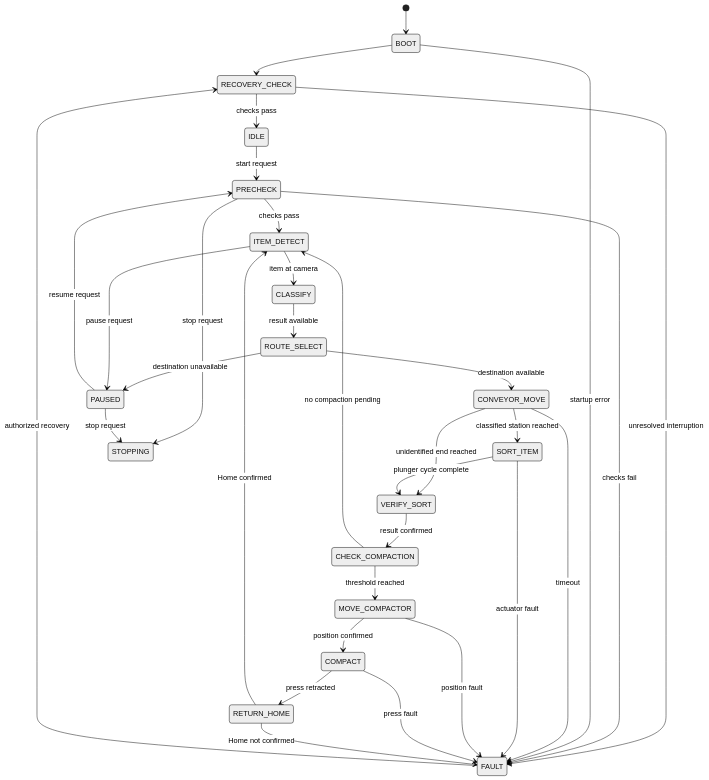
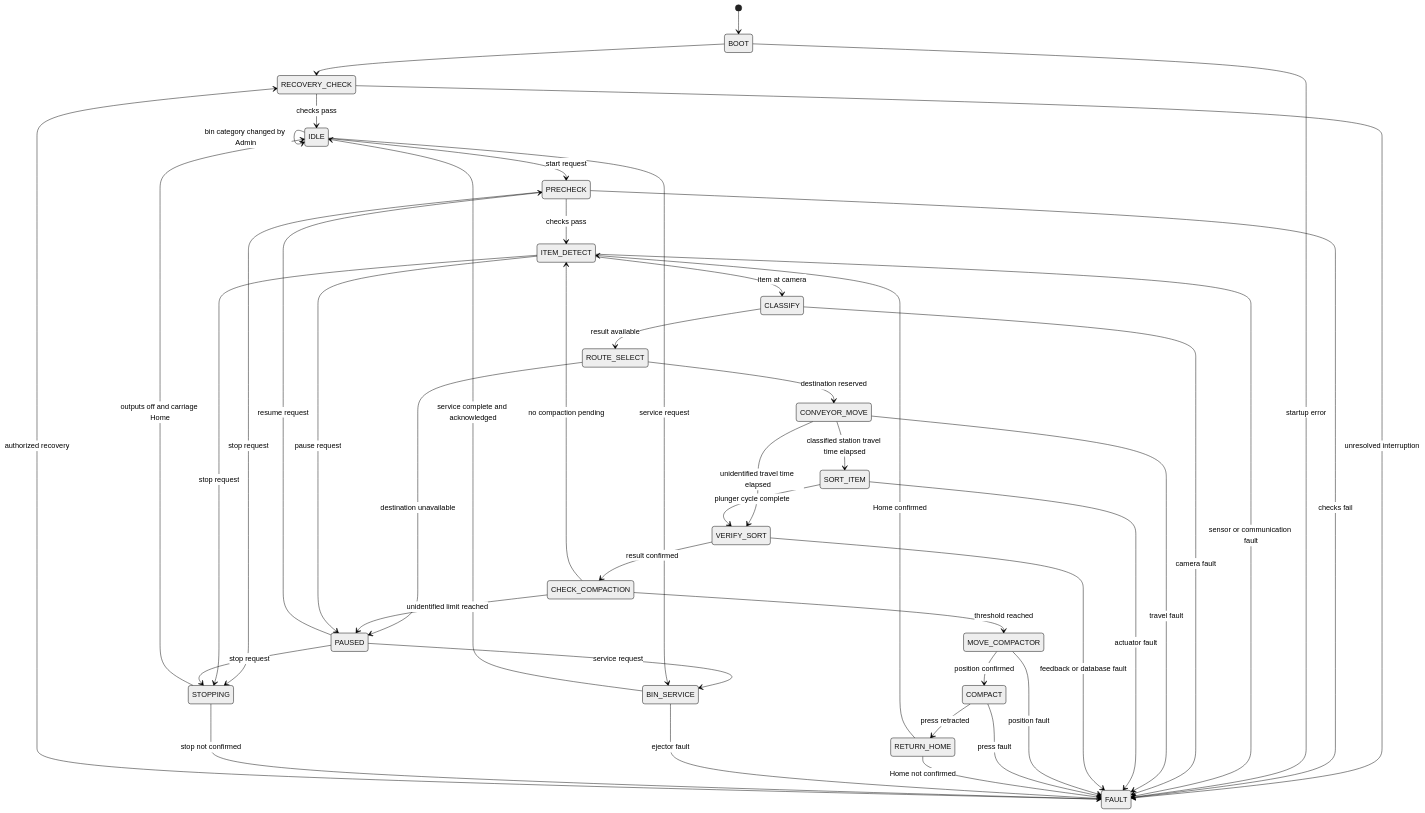
One commit to janreinhartp/garbage-sorting-and-compaction-machine changed the second of 3 diagrams in docs/03-system-architecture.md. Above: the diagram before and after it, drawn with Mermaid (neutral theme). The commit also changed other lines of this file and 6 other files, not shown here.

````diff
--- a/docs/03-system-architecture.md
+++ b/docs/03-system-architecture.md
@@ -173,34 +195,46 @@
 ```mermaid
 stateDiagram-v2
     [*] --> BOOT
     BOOT --> RECOVERY_CHECK
     RECOVERY_CHECK --> IDLE: checks pass
     RECOVERY_CHECK --> FAULT: unresolved interruption
     IDLE --> PRECHECK: start request
+    IDLE --> IDLE: bin category changed by Admin
     PRECHECK --> ITEM_DETECT: checks pass
     PRECHECK --> FAULT: checks fail
     ITEM_DETECT --> CLASSIFY: item at camera
     CLASSIFY --> ROUTE_SELECT: result available
-    ROUTE_SELECT --> CONVEYOR_MOVE: destination available
+    ROUTE_SELECT --> CONVEYOR_MOVE: destination reserved
     ROUTE_SELECT --> PAUSED: destination unavailable
-    CONVEYOR_MOVE --> SORT_ITEM: classified station reached
-    CONVEYOR_MOVE --> VERIFY_SORT: unidentified end reached
+    CONVEYOR_MOVE --> SORT_ITEM: classified station travel time elapsed
+    CONVEYOR_MOVE --> VERIFY_SORT: unidentified travel time elapsed
     SORT_ITEM --> VERIFY_SORT: plunger cycle complete
     VERIFY_SORT --> CHECK_COMPACTION: result confirmed
     CHECK_COMPACTION --> MOVE_COMPACTOR: threshold reached
     CHECK_COMPACTION --> ITEM_DETECT: no compaction pending
+    CHECK_COMPACTION --> PAUSED: unidentified limit reached
     MOVE_COMPACTOR --> COMPACT: position confirmed
     COMPACT --> RETURN_HOME: press retracted
     RETURN_HOME --> ITEM_DETECT: Home confirmed
     ITEM_DETECT --> PAUSED: pause request
     PAUSED --> PRECHECK: resume request
+    PAUSED --> BIN_SERVICE: service request
+    IDLE --> BIN_SERVICE: service request
+    BIN_SERVICE --> IDLE: service complete and acknowledged
     PRECHECK --> STOPPING: stop request
+    ITEM_DETECT --> STOPPING: stop request
     PAUSED --> STOPPING: stop request
+    STOPPING --> IDLE: outputs off and carriage Home
     FAULT --> RECOVERY_CHECK: authorized recovery
     BOOT --> FAULT: startup error
-    CONVEYOR_MOVE --> FAULT: timeout
+    ITEM_DETECT --> FAULT: sensor or communication fault
+    CLASSIFY --> FAULT: camera fault
+    CONVEYOR_MOVE --> FAULT: travel fault
     SORT_ITEM --> FAULT: actuator fault
+    VERIFY_SORT --> FAULT: feedback or database fault
     MOVE_COMPACTOR --> FAULT: position fault
     COMPACT --> FAULT: press fault
     RETURN_HOME --> FAULT: Home not confirmed
+    BIN_SERVICE --> FAULT: ejector fault
+    STOPPING --> FAULT: stop not confirmed
 ```
````
